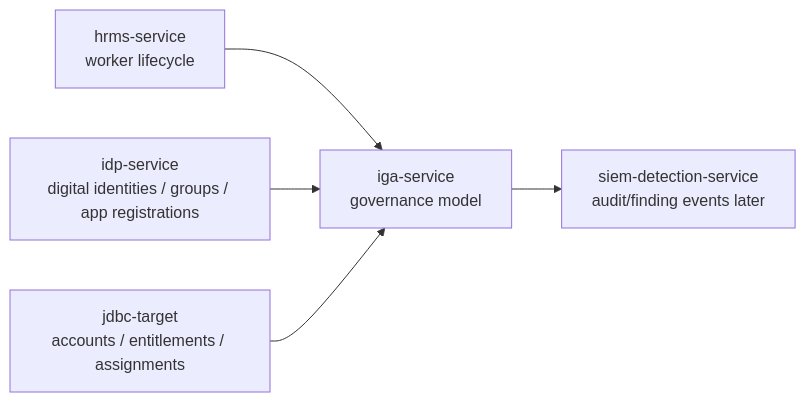
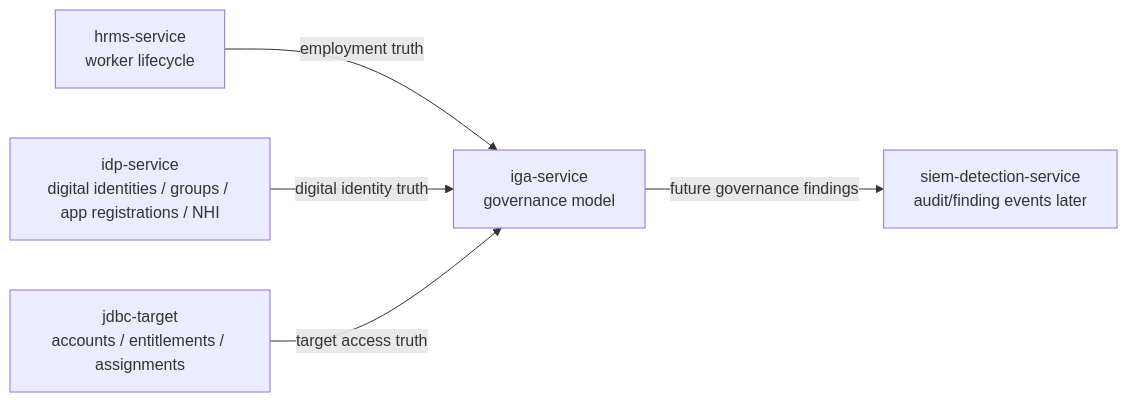
The first of 8 diagrams in apps/iga-service/docs/diagrams.md (i-m-rish/luffy), drawn with Mermaid before and after one commit. The commit also changed other lines of this file, not shown here.

Commit message:
Update IGA diagrams with source mapping and risk view

````diff
--- a/apps/iga-service/docs/diagrams.md
+++ b/apps/iga-service/docs/diagrams.md
@@ -7,13 +7,13 @@
 ```mermaid
 flowchart LR
     HRMS[hrms-service<br/>worker lifecycle]
-    IDP[idp-service<br/>digital identities / groups / app registrations]
+    IDP[idp-service<br/>digital identities / groups / app registrations / NHI]
     JDBC[jdbc-target<br/>accounts / entitlements / assignments]
     IGA[iga-service<br/>governance model]
     SIEM[siem-detection-service<br/>audit/finding events later]
 
-    HRMS --> IGA
-    IDP --> IGA
-    JDBC --> IGA
-    IGA --> SIEM
+    HRMS -->|employment truth| IGA
+    IDP -->|digital identity truth| IGA
+    JDBC -->|target access truth| IGA
+    IGA -->|future governance findings| SIEM
 ```
````
